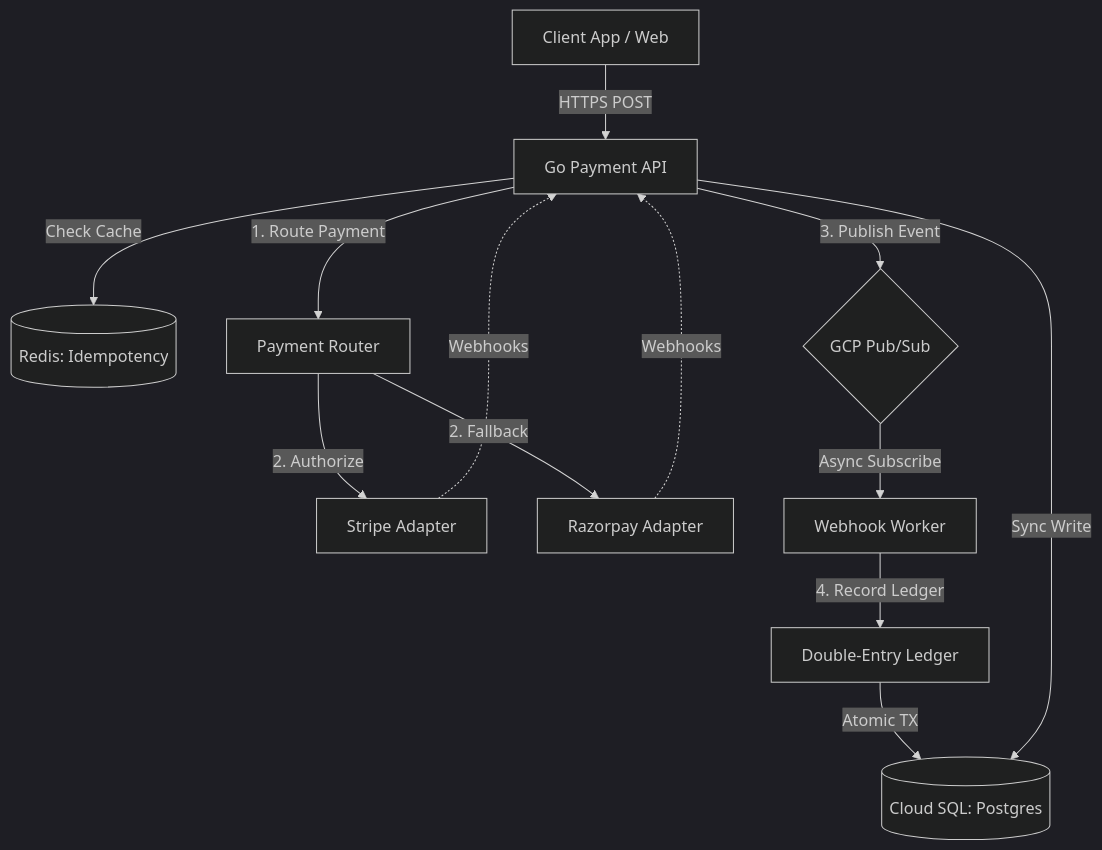
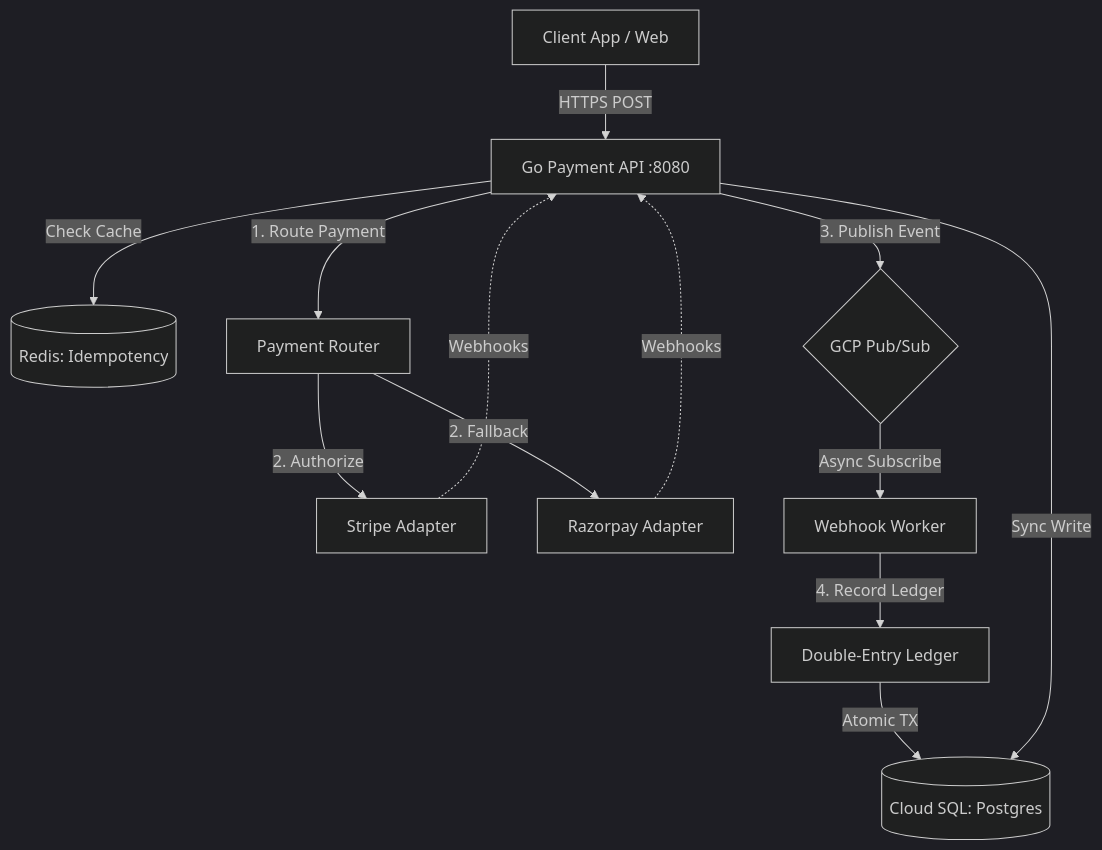
Before and after one commit to Slambot01/resilient-settlement-orchestrator: the first of 5 diagrams in README.md, drawn with Mermaid (dark theme). The commit also changed other lines of this file, not shown here.

Commit message:
docs: overhaul README with observability stack, Helm chart, and architecture diagrams

````diff
--- a/README.md
+++ b/README.md
@@ -35,19 +38,19 @@
 ```mermaid
 graph TD
-    Client["Client App / Web"] -->|"HTTPS POST"| API["Go Payment API"]
+    Client["Client App / Web"] -->|"HTTPS POST"| API["Go Payment API :8080"]
     API -->|"Check Cache"| Redis[("Redis: Idempotency")]
     API -->|"1. Route Payment"| Router["Payment Router"]
     
     Router -->|"2. Authorize"| PSP_Stripe["Stripe Adapter"]
     Router -->|"2. Fallback"| PSP_Razor["Razorpay Adapter"]
     
     PSP_Stripe -.->|"Webhooks"| API
     PSP_Razor -.->|"Webhooks"| API
     
     API -->|"3. Publish Event"| PubSub{"GCP Pub/Sub"}
     PubSub -->|"Async Subscribe"| Worker["Webhook Worker"]
     
     Worker -->|"4. Record Ledger"| Ledger["Double-Entry Ledger"]
     Ledger -->|"Atomic TX"| DB[("Cloud SQL: Postgres")]
     API -->|"Sync Write"| DB
 ```
````
